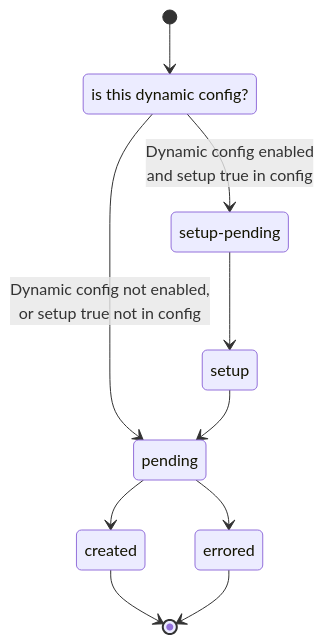
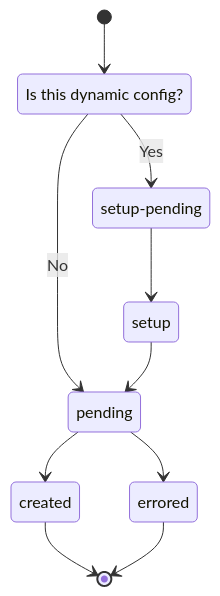
Before and after one commit to circleci/circleci-docs: the diagram in docs/guides/modules/orchestrate/pages/pipelines.adoc, drawn with Mermaid. The commit also changed 1 other file, not shown here.

Commit message:
minimise edge labels and remove custom style

```diff
--- a/docs/guides/modules/orchestrate/pages/pipelines.adoc
+++ b/docs/guides/modules/orchestrate/pages/pipelines.adoc
@@ -122,18 +122,18 @@
 [mermaid]
 ----
 stateDiagram-v2
     direction TB
-    state "is this dynamic config?" as isdynamic
+    state "Is this dynamic config?" as isdynamic
     [*] --> isdynamic
     state "setup-pending" as setuppending
-    isdynamic --> setuppending : Dynamic config enabled<br/>and setup true in config
-    isdynamic --> pending : Dynamic config not enabled,<br/>or setup true not in config
+    isdynamic --> setuppending : Yes
+    isdynamic --> pending : No
 
     setuppending --> setup
     setup --> pending
     pending --> created
     pending --> errored
     created --> [*]
     errored --> [*]
 
 ----
```
